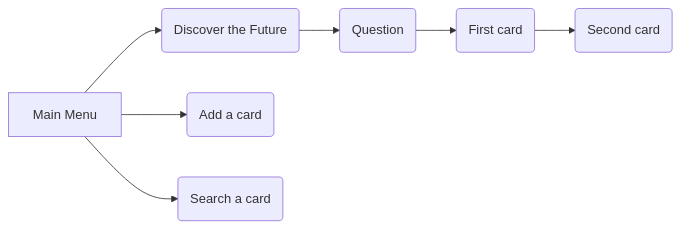
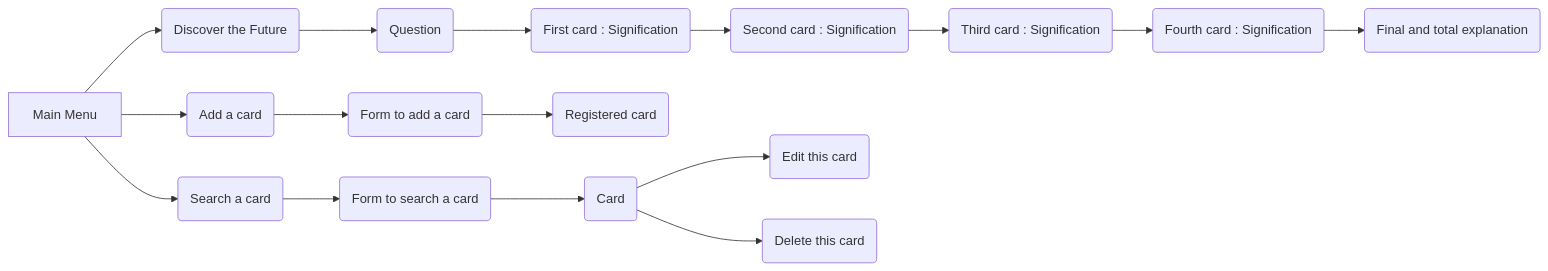
Before and after one commit to audreylbf/Tarot: the diagram in REPORT.md, drawn with Mermaid.

````diff
--- a/REPORT.md
+++ b/REPORT.md
@@ -46,10 +46,19 @@
 ```mermaid
 graph LR
 A[Main Menu]
 A --> B(Discover the Future)
 A --> C(Add a card)
 A --> D(Search a card)
 B --> E(Question)
-E --> F(First card)
-F --> G(Second card)
+E --> F(First card : Signification)
+F --> G(Second card : Signification)
+G --> H(Third card : Signification)
+H --> I(Fourth card : Signification)
+I --> J(Final and total explanation)
+C --> K(Form to add a card) 
+K --> L(Registered card)
+D --> M(Form to search a card) 
+M --> N(Card)
+N --> O(Edit this card)
+N --> P(Delete this card)
 ```
````
